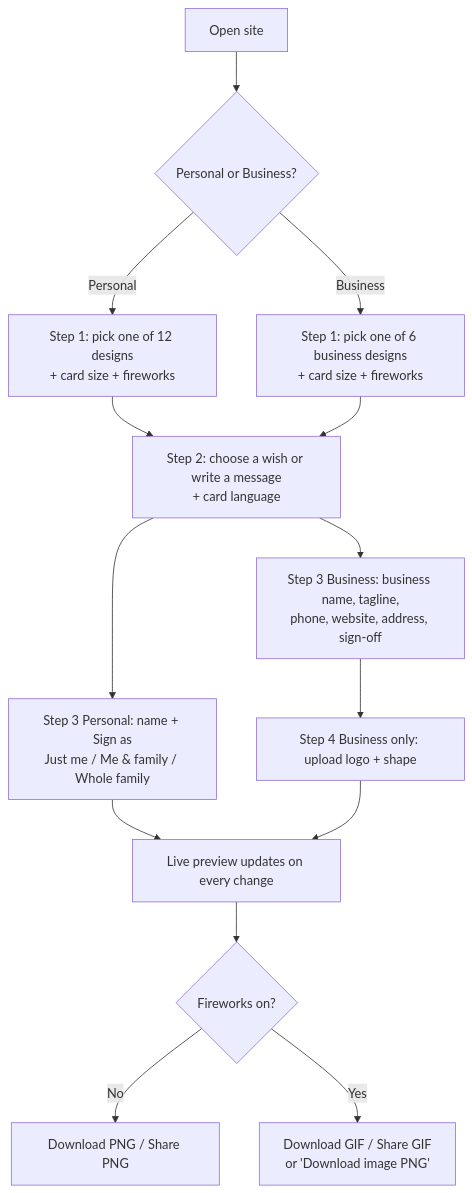
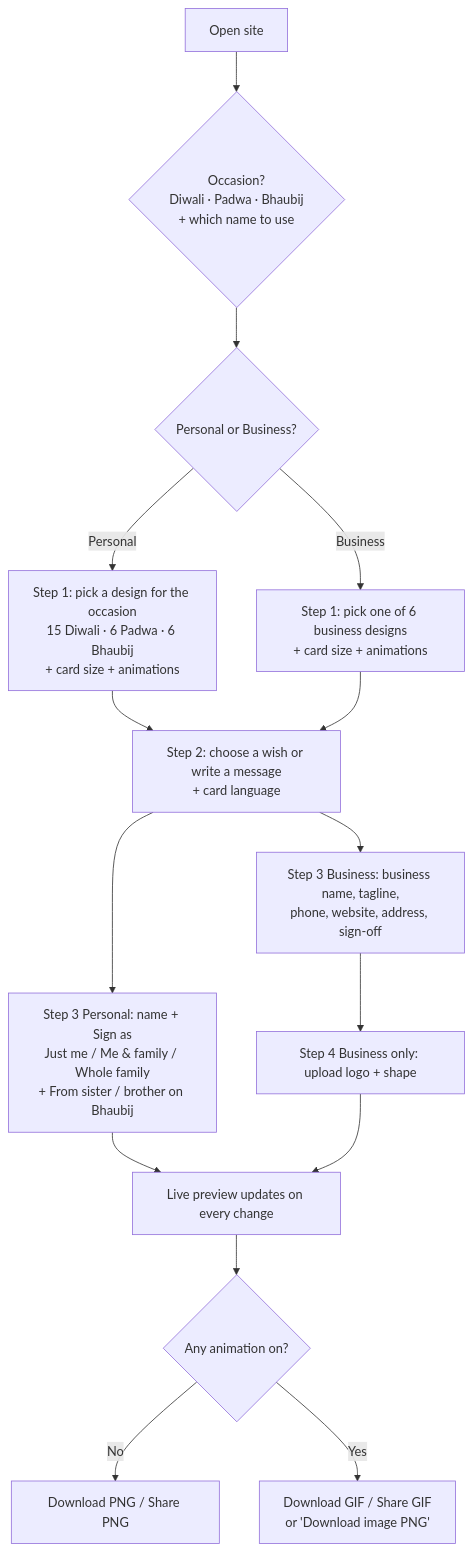
The second of 3 diagrams in docs/02-architecture.md (saurabhamrutkar07/festive-card-studio), drawn with Mermaid before and after one commit. The commit also changed other lines of this file and 27 other files, not shown here.

First line of the commit message:
Add Diwali Padwa and Bhaubij occasions with new designs and animations

````diff
--- a/docs/02-architecture.md
+++ b/docs/02-architecture.md
@@ -54,16 +55,17 @@
 ```mermaid
 flowchart TD
-    A[Open site] --> B{Personal or Business?}
-    B -->|Personal| C1[Step 1: pick one of 12 designs<br/>+ card size + fireworks]
-    B -->|Business| C2[Step 1: pick one of 6 business designs<br/>+ card size + fireworks]
+    A[Open site] --> O{Occasion?<br/>Diwali · Padwa · Bhaubij<br/>+ which name to use}
+    O --> B{Personal or Business?}
+    B -->|Personal| C1[Step 1: pick a design for the occasion<br/>15 Diwali · 6 Padwa · 6 Bhaubij<br/>+ card size + animations]
+    B -->|Business| C2[Step 1: pick one of 6 business designs<br/>+ card size + animations]
     C1 --> D[Step 2: choose a wish or write a message<br/>+ card language]
     C2 --> D
-    D --> E1[Step 3 Personal: name + Sign as<br/>Just me / Me & family / Whole family]
+    D --> E1[Step 3 Personal: name + Sign as<br/>Just me / Me & family / Whole family<br/>+ From sister / brother on Bhaubij]
     D --> E2[Step 3 Business: business name, tagline,<br/>phone, website, address, sign-off]
     E2 --> F[Step 4 Business only: upload logo + shape]
     E1 --> G[Live preview updates on every change]
     F --> G
-    G --> H{Fireworks on?}
+    G --> H{Any animation on?}
     H -->|No| I[Download PNG / Share PNG]
     H -->|Yes| J[Download GIF / Share GIF<br/>or 'Download image PNG']
 ```
````
